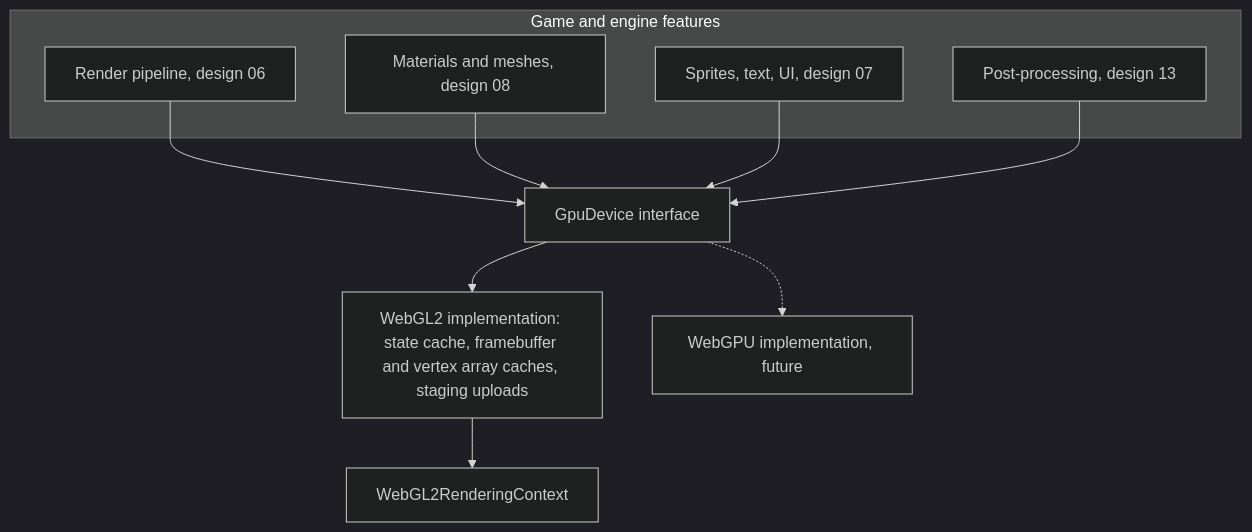
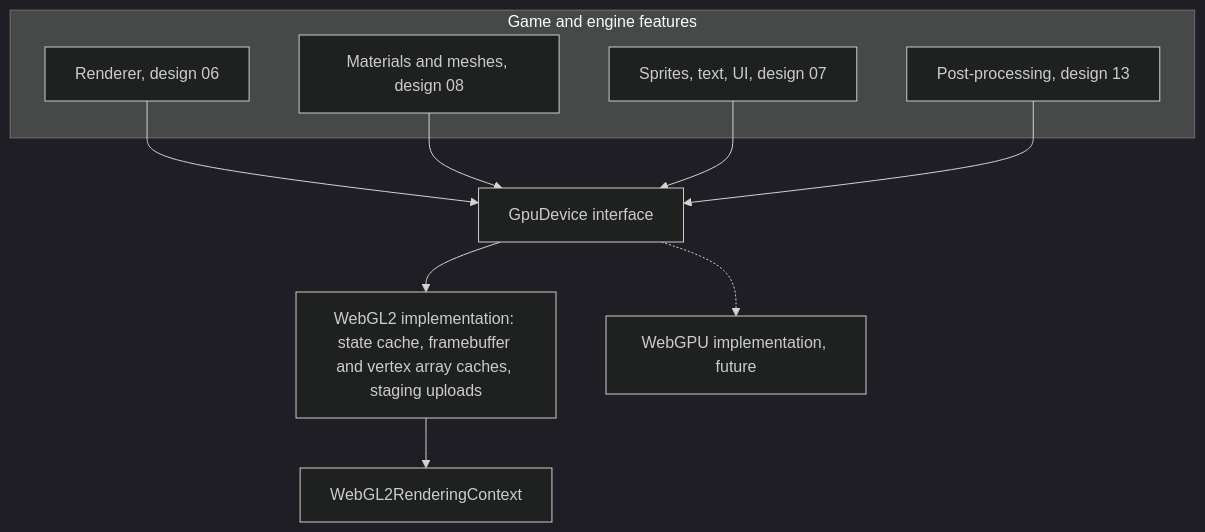
One commit to Forge-Game-Engine/Forge changed the diagram in design/3d/05-gpu-device.md. Above: the diagram before and after it, drawn with Mermaid (dark theme). The commit also changed other lines of this file and 16 other files, not shown here.

````diff
--- a/design/3d/05-gpu-device.md
+++ b/design/3d/05-gpu-device.md
@@ -207,16 +215,16 @@
 ```mermaid
 flowchart TB
   subgraph Game and engine features
-    P[Render pipeline, design 06]
+    P[Renderer, design 06]
     M[Materials and meshes, design 08]
     S[Sprites, text, UI, design 07]
     X[Post-processing, design 13]
   end
   P --> D
   M --> D
   S --> D
   X --> D
   D[GpuDevice interface] --> W[WebGL2 implementation: state cache, framebuffer and vertex array caches, staging uploads]
   D -.-> G[WebGPU implementation, future]
   W --> GL[WebGL2RenderingContext]
 ```
````
